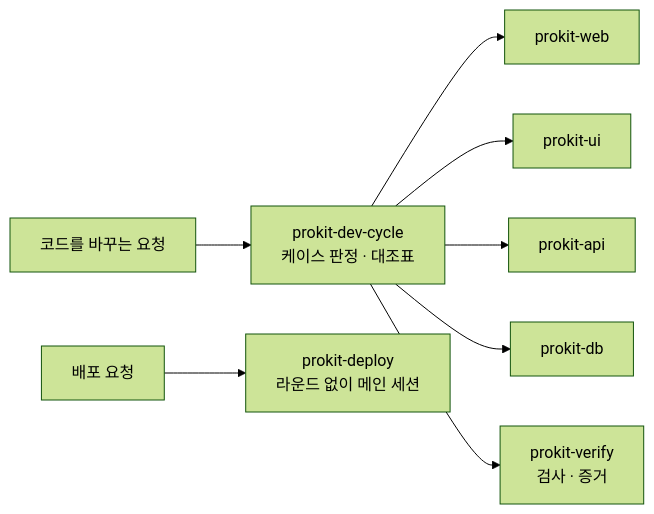
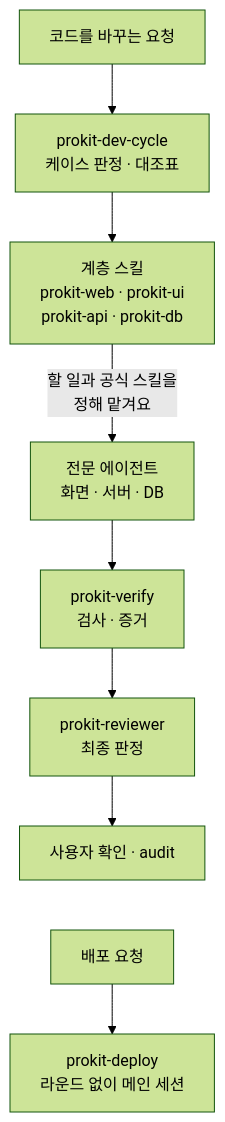
Before and after one commit to roadkwon-ai/pro-kit: the first of 2 diagrams in handbook/skills/prokit-skills.md, drawn with Mermaid (forest theme). The commit also changed other lines of this file and 26 other files, not shown here.

First line of the commit message:
docs: handbook 도식을 휴대폰 폭에 맞추고 스킬이 이어지는 방식을 보강함

````diff
--- a/handbook/skills/prokit-skills.md
+++ b/handbook/skills/prokit-skills.md
@@ -97,10 +99,18 @@
 ```mermaid
-flowchart LR
+---
+config:
+  flowchart:
+    wrappingWidth: 200
+---
+flowchart TB
+  accTitle: 스킬끼리 이어지는 방식
+  accDescr: 코드를 바꾸는 요청은 prokit-dev-cycle이 받아 대조표를 열어요. 계층 스킬이 할 일과 공식 스킬을 정해 전문 에이전트에 맡기고, prokit-verify가 검사와 증거를 모은 뒤 prokit-reviewer가 최종 판정하고 audit으로 닫아요. 배포 요청은 라운드 없이 prokit-deploy가 맡아요.
   R["코드를 바꾸는 요청"] --> DC["prokit-dev-cycle<br/>케이스 판정 · 대조표"]
-  DC --> W["prokit-web"]
-  DC --> U["prokit-ui"]
-  DC --> A["prokit-api"]
-  DC --> DB["prokit-db"]
-  DC --> V["prokit-verify<br/>검사 · 증거"]
+  DC --> SK["계층 스킬<br/>prokit-web · prokit-ui<br/>prokit-api · prokit-db"]
+  SK -->|"할 일과 공식 스킬을<br/>정해 맡겨요"| AG["전문 에이전트<br/>화면 · 서버 · DB"]
+  AG --> V["prokit-verify<br/>검사 · 증거"]
+  V --> RV["prokit-reviewer<br/>최종 판정"]
+  RV --> AU["사용자 확인 · audit"]
+  AU ~~~ D
   D["배포 요청"] --> DP["prokit-deploy<br/>라운드 없이 메인 세션"]
 ```
````
